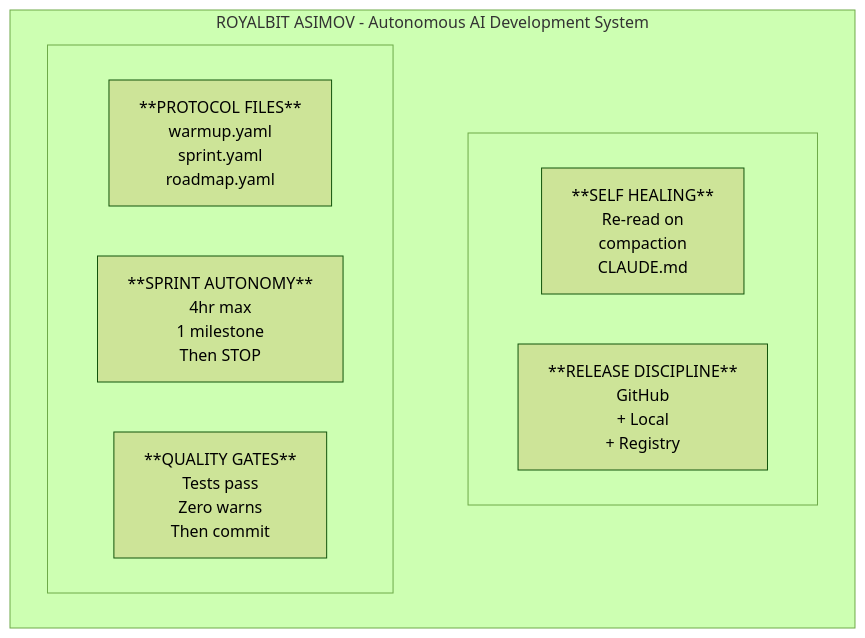
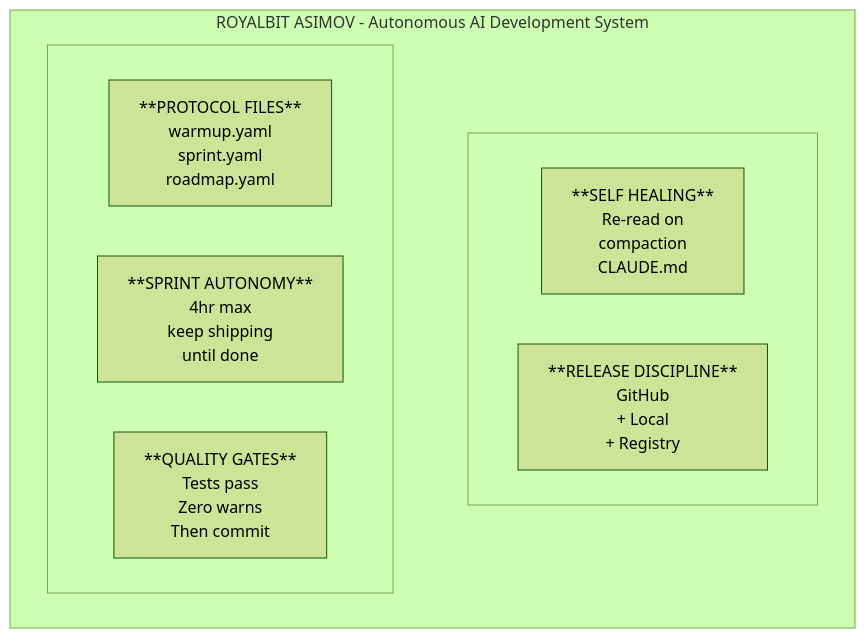
Before and after one commit to royalbit/asimov-protocol: the first of 3 diagrams in docs/ROYALBIT_ASIMOV.md, drawn with Mermaid (forest theme). The commit also changed other lines of this file and 7 other files, not shown here.

First line of the commit message:
fix: Update all '1 milestone' references to 'keep shipping' (ADR-028)

````diff
--- a/docs/ROYALBIT_ASIMOV.md
+++ b/docs/ROYALBIT_ASIMOV.md
@@ -26,17 +26,17 @@
 ```mermaid
 flowchart TB
     subgraph asimov["ROYALBIT ASIMOV - Autonomous AI Development System"]
         subgraph row1[" "]
             direction LR
             P["**PROTOCOL FILES**<br/>warmup.yaml<br/>sprint.yaml<br/>roadmap.yaml"]
-            S["**SPRINT AUTONOMY**<br/>4hr max<br/>1 milestone<br/>Then STOP"]
+            S["**SPRINT AUTONOMY**<br/>4hr max<br/>keep shipping<br/>until done"]
             Q["**QUALITY GATES**<br/>Tests pass<br/>Zero warns<br/>Then commit"]
         end
         subgraph row2[" "]
             direction LR
             H["**SELF HEALING**<br/>Re-read on<br/>compaction<br/>CLAUDE.md"]
             R["**RELEASE DISCIPLINE**<br/>GitHub<br/>+ Local<br/>+ Registry"]
         end
     end
     row1 ~~~ row2
 ```
````
